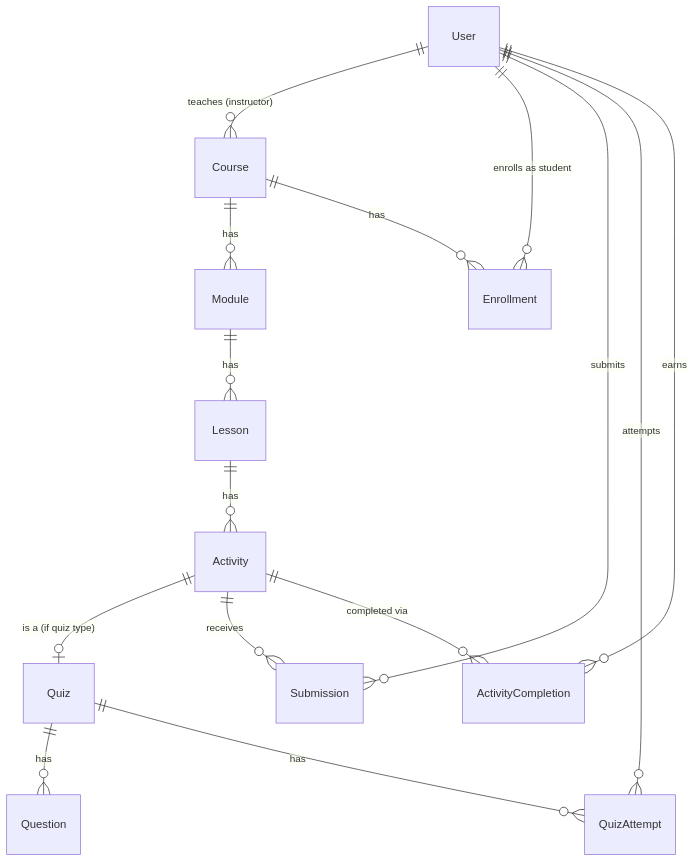
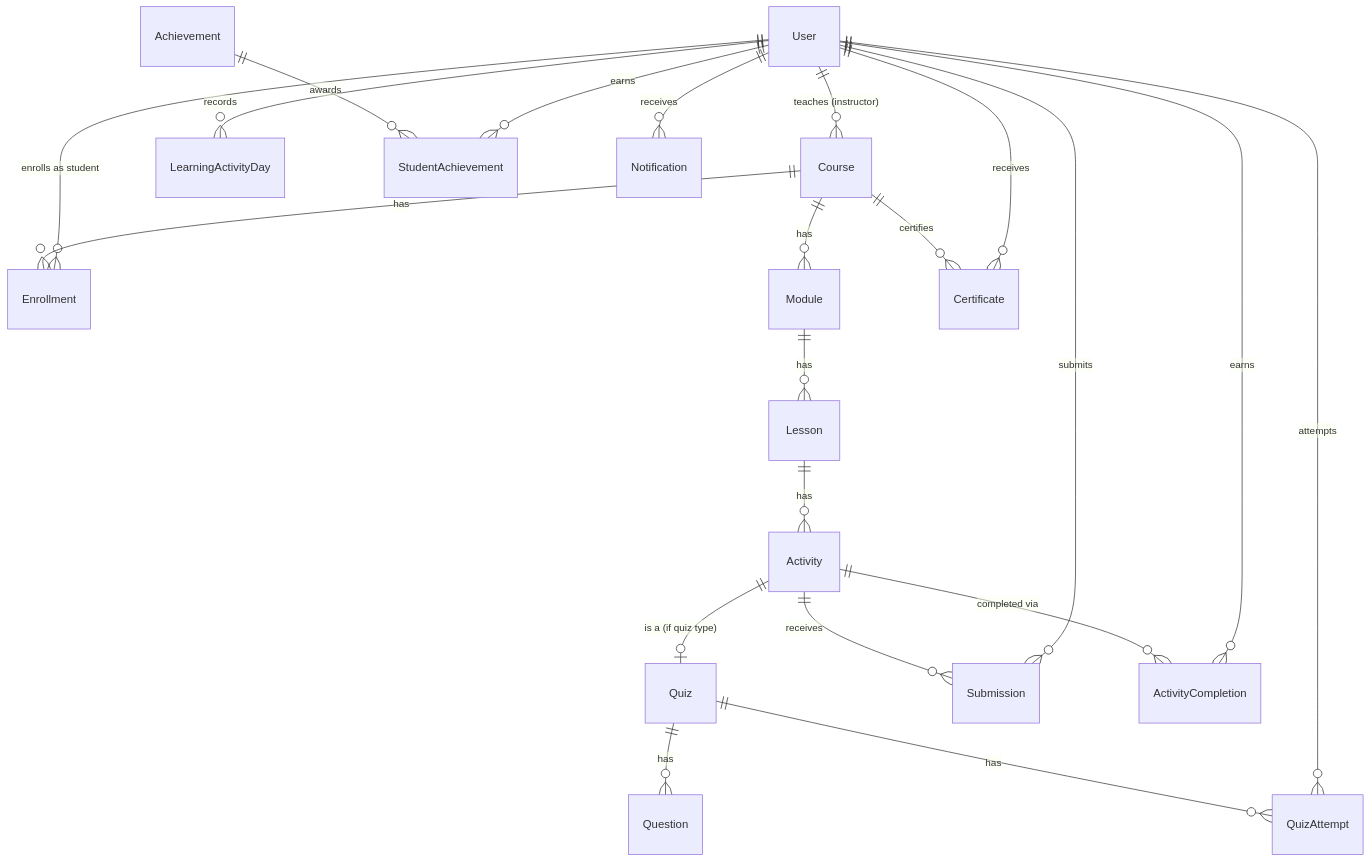
Before and after one commit to RachelK6/Faith-: the third of 4 diagrams in docs/ARCHITECTURE.md, drawn with Mermaid. The commit also changed other lines of this file and 236 other files, not shown here.

````diff
--- a/docs/ARCHITECTURE.md
+++ b/docs/ARCHITECTURE.md
@@ -95,17 +99,23 @@
 ```mermaid
 erDiagram
     User ||--o{ Course : "teaches (instructor)"
     User ||--o{ Enrollment : "enrolls as student"
     Course ||--o{ Module : has
     Course ||--o{ Enrollment : has
     Module ||--o{ Lesson : has
     Lesson ||--o{ Activity : has
     Activity ||--o| Quiz : "is a (if quiz type)"
     Quiz ||--o{ Question : has
     User ||--o{ Submission : submits
     Activity ||--o{ Submission : receives
     User ||--o{ QuizAttempt : attempts
     Quiz ||--o{ QuizAttempt : has
     User ||--o{ ActivityCompletion : earns
     Activity ||--o{ ActivityCompletion : "completed via"
+    User ||--o{ LearningActivityDay : records
+    User ||--o{ StudentAchievement : earns
+    Achievement ||--o{ StudentAchievement : awards
+    User ||--o{ Notification : receives
+    User ||--o{ Certificate : receives
+    Course ||--o{ Certificate : certifies
 ```
````
